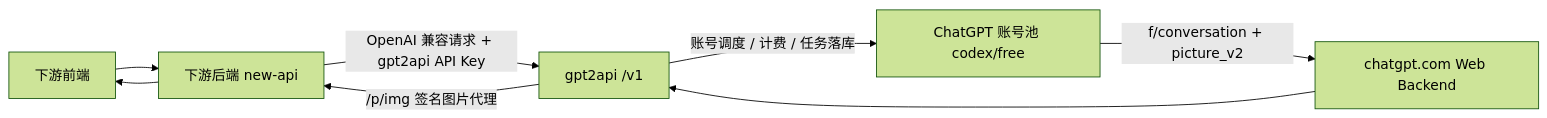
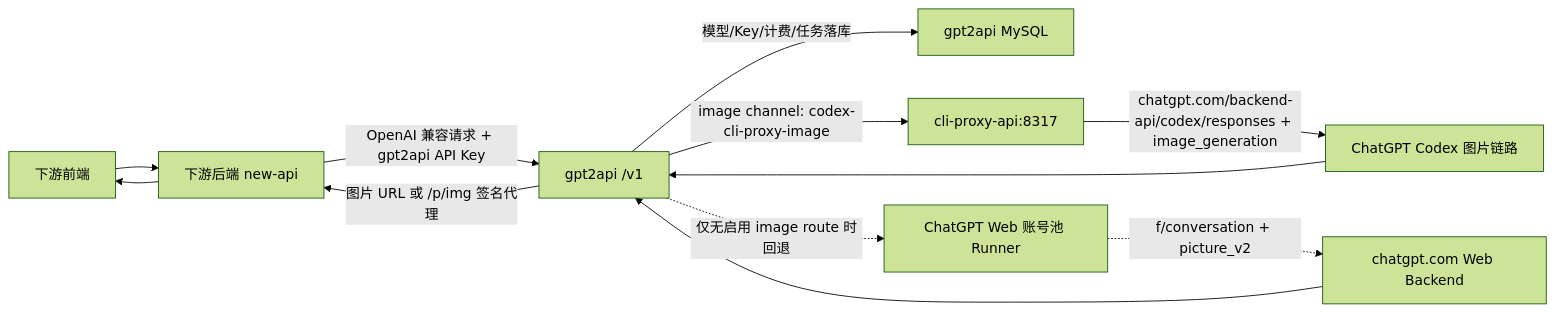
The diagram in docs/DOWNSTREAM_INTEGRATION.md (abca12a/gpt2api), drawn with Mermaid (forest theme) before and after one commit. The commit also changed other lines of this file and 15 other files, not shown here.

````diff
--- a/docs/DOWNSTREAM_INTEGRATION.md
+++ b/docs/DOWNSTREAM_INTEGRATION.md
@@ -20,10 +21,14 @@
 ```mermaid
 flowchart LR
   FE["下游前端"] --> NA["下游后端 new-api"]
-  NA -->|OpenAI 兼容请求 + gpt2api API Key| G["gpt2api /v1"]
-  G -->|账号调度 / 计费 / 任务落库| S["ChatGPT 账号池 codex/free"]
-  S -->|f/conversation + picture_v2| C["chatgpt.com Web Backend"]
+  NA -->|"OpenAI 兼容请求 + gpt2api API Key"| G["gpt2api /v1"]
+  G -->|"模型/Key/计费/任务落库"| DB["gpt2api MySQL"]
+  G -->|"image channel: codex-cli-proxy-image"| CP["cli-proxy-api:8317"]
+  CP -->|"chatgpt.com/backend-api/codex/responses + image_generation"| CG["ChatGPT Codex 图片链路"]
+  G -."仅无启用 image route 时回退".-> S["ChatGPT Web 账号池 Runner"]
+  S -."f/conversation + picture_v2".-> C["chatgpt.com Web Backend"]
+  CG --> G
   C --> G
-  G -->|/p/img 签名图片代理| NA
+  G -->|"图片 URL 或 /p/img 签名代理"| NA
   NA --> FE
 ```
````
